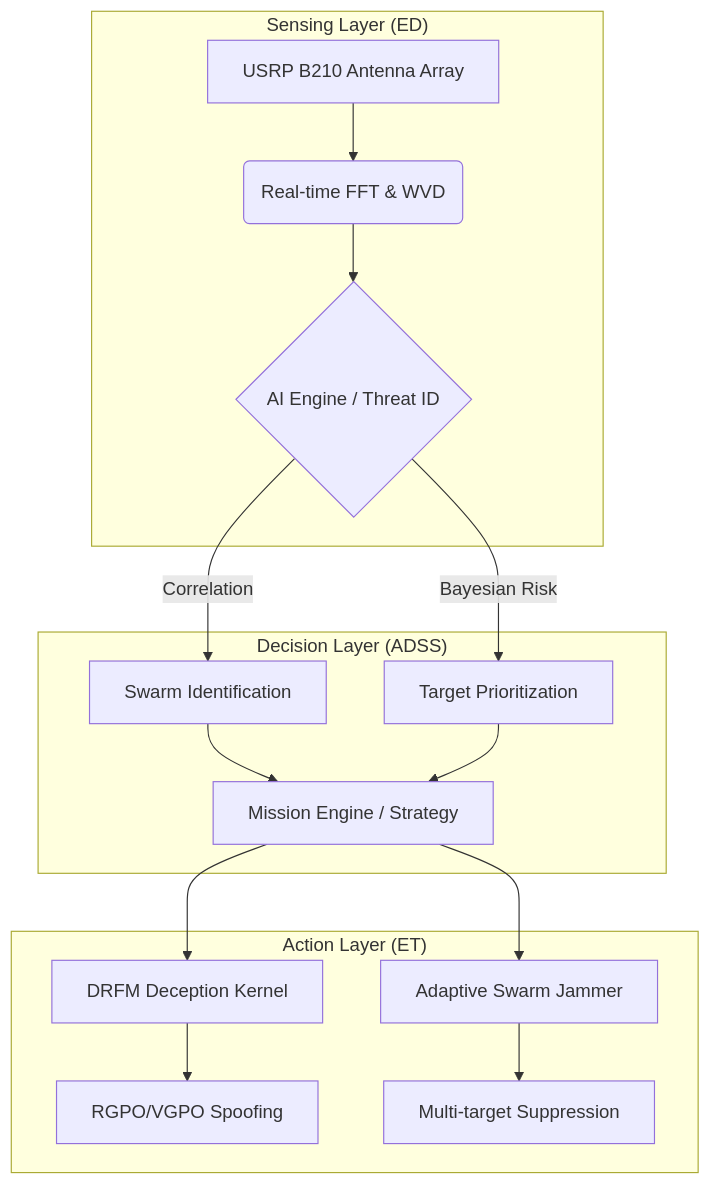
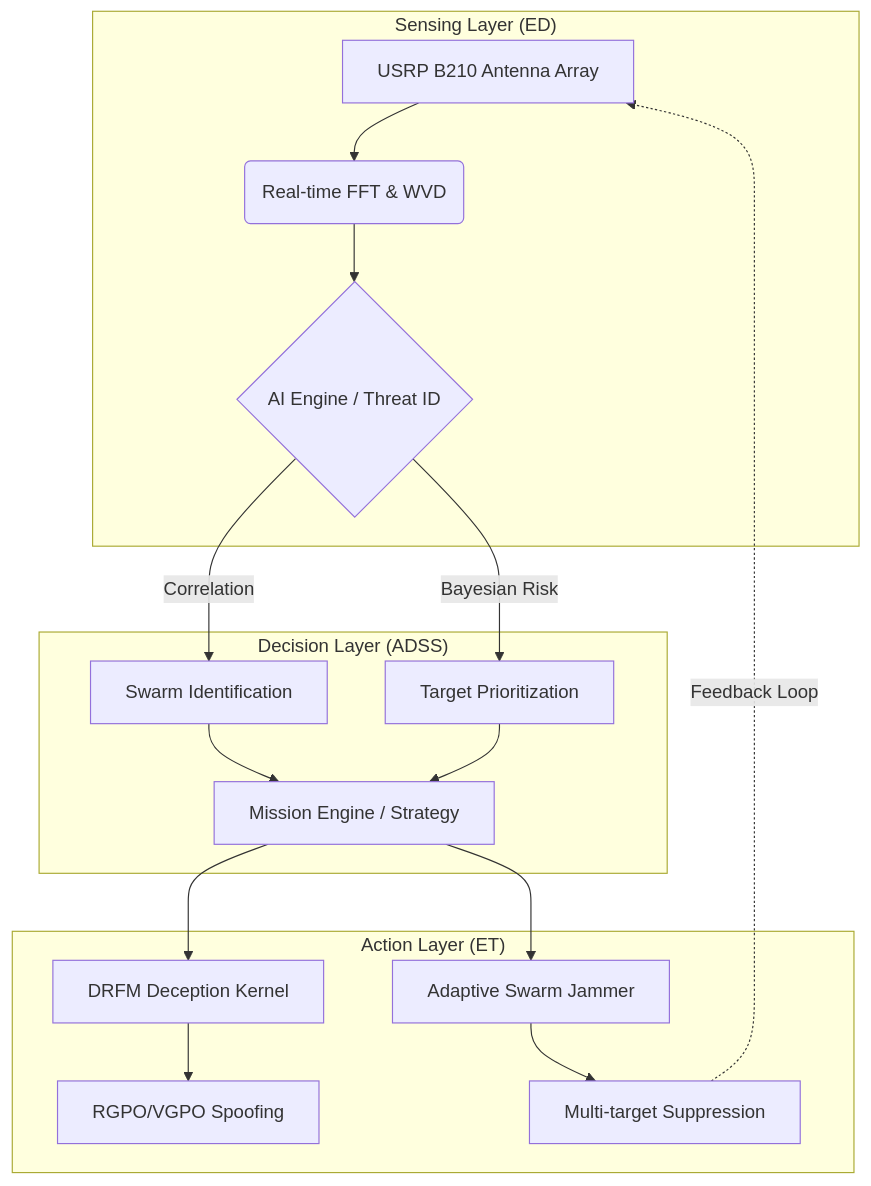
Before and after one commit to bahattinyunus/teknofest_elektronik_harp: the diagram in README.md, drawn with Mermaid. The commit also changed other lines of this file and 11 other files, not shown here.

````diff
--- a/README.md
+++ b/README.md
@@ -31,20 +31,22 @@
 ```mermaid
 graph TD
     subgraph "Sensing Layer (ED)"
         A[USRP B210 Antenna Array] --> B(Real-time FFT & WVD)
         B --> C{AI Engine / Threat ID}
     end
     
     subgraph "Decision Layer (ADSS)"
         C -->|Correlation| D[Swarm Identification]
         C -->|Bayesian Risk| E[Target Prioritization]
         D & E --> F[Mission Engine / Strategy]
     end
     
     subgraph "Action Layer (ET)"
         F --> G[DRFM Deception Kernel]
         F --> H[Adaptive Swarm Jammer]
         G --> I[RGPO/VGPO Spoofing]
         H --> J[Multi-target Suppression]
     end
+    
+    J -.->|Feedback Loop| A
 ```
````
